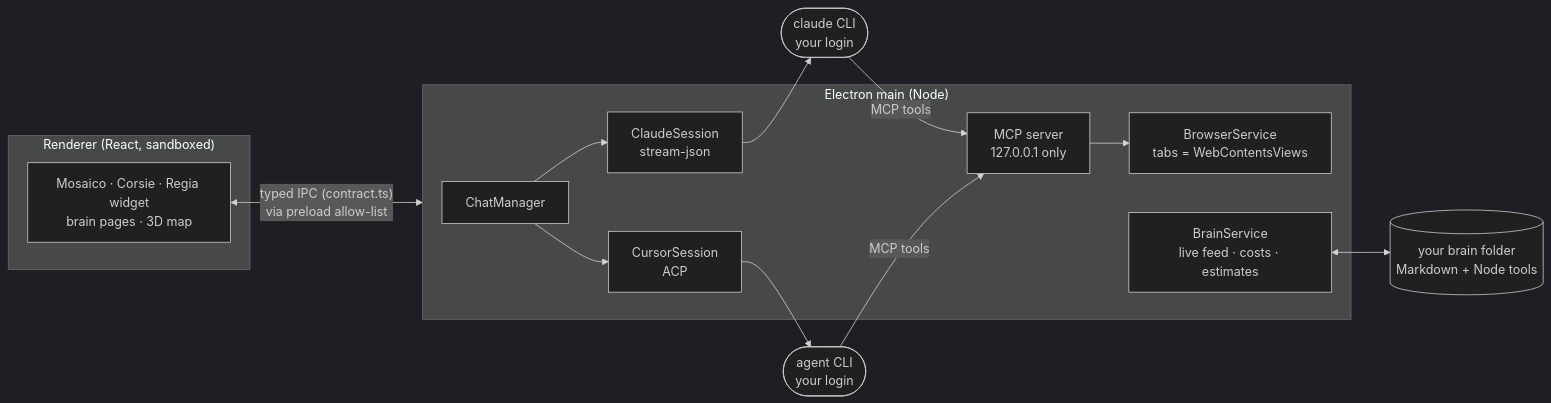
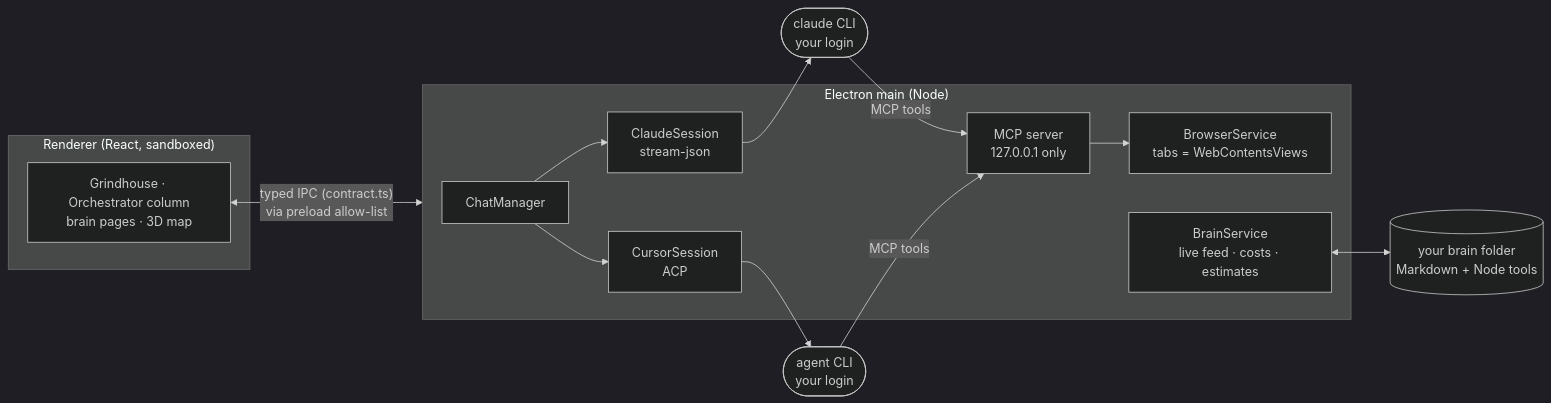
Before and after one commit to lampi1/second-brain: the diagram in README.md, drawn with Mermaid (dark theme). The commit also changed other lines of this file and 138 other files, not shown here.

First line of the commit message:
feat(ui): Grindhouse home beside a persistent Orchestrator column

````diff
--- a/README.md
+++ b/README.md
@@ -133,18 +134,18 @@
 ```mermaid
 flowchart LR
   subgraph Renderer["Renderer (React, sandboxed)"]
-    UI["Mosaico · Corsie · Regia widget<br/>brain pages · 3D map"]
+    UI["Grindhouse · Orchestrator column<br/>brain pages · 3D map"]
   end
   subgraph Main["Electron main (Node)"]
     CM["ChatManager"] --> CS["ClaudeSession<br/>stream-json"]
     CM --> CU["CursorSession<br/>ACP"]
     BR["BrowserService<br/>tabs = WebContentsViews"]
     MCP["MCP server<br/>127.0.0.1 only"]
     BS["BrainService<br/>live feed · costs · estimates"]
   end
   UI <-- "typed IPC (contract.ts)<br/>via preload allow-list" --> Main
   CS --> C1(["claude CLI<br/>your login"])
   CU --> C2(["agent CLI<br/>your login"])
   C1 & C2 -- "MCP tools" --> MCP --> BR
   BS <--> Brain[("your brain folder<br/>Markdown + Node tools")]
 ```
````
